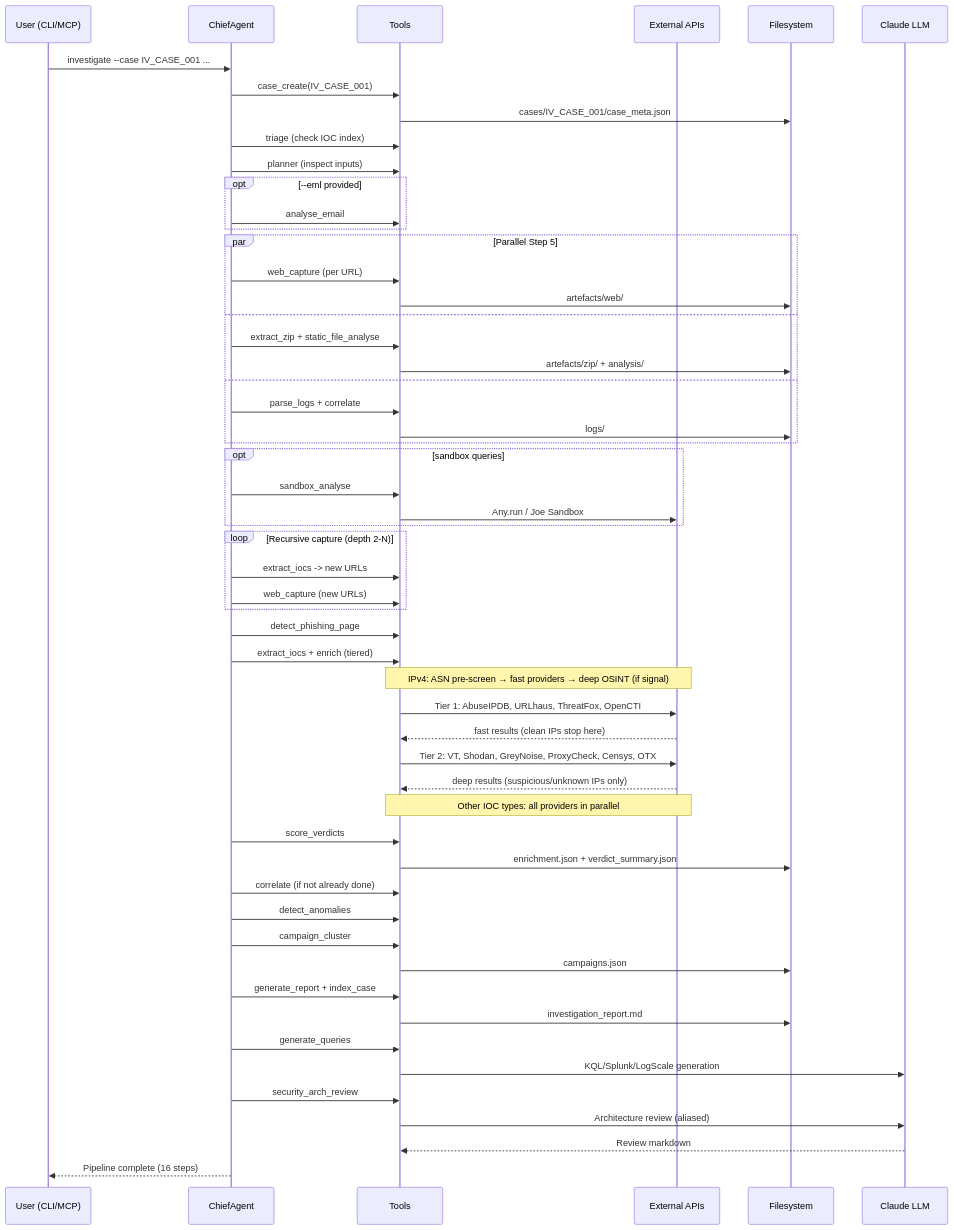
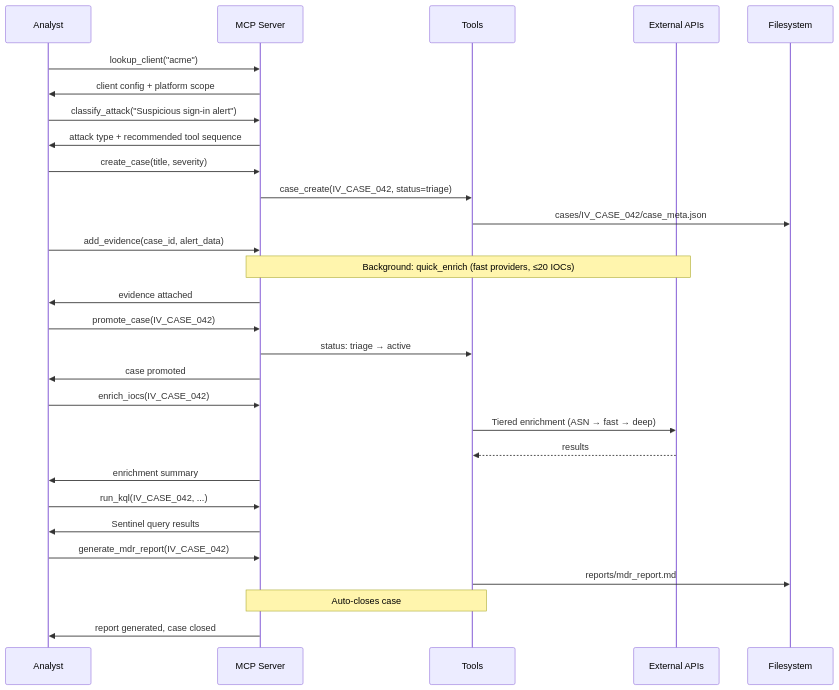
The second of 2 diagrams in docs/architecture_diagram.md (WillBanasik/socai), drawn with Mermaid before and after one commit. The commit also changed other lines of this file and 49 other files, not shown here.

First line of the commit message:
Remove Rumsfeld pipeline, add browser lifecycle controls, streamline HITL architecture

````diff
--- a/docs/architecture_diagram.md
+++ b/docs/architecture_diagram.md
@@ -151,69 +125,39 @@
 ```mermaid
 sequenceDiagram
-    participant U as User (CLI/MCP)
-    participant C as ChiefAgent
+    participant A as Analyst
+    participant M as MCP Server
     participant T as Tools
     participant E as External APIs
     participant F as Filesystem
-    participant L as Claude LLM
 
-    U->>C: investigate --case IV_CASE_001 ...
-    C->>T: case_create(IV_CASE_001)
-    T->>F: cases/IV_CASE_001/case_meta.json
+    A->>M: lookup_client("acme")
+    M->>A: client config + platform scope
 
-    C->>T: triage (check IOC index)
-    C->>T: planner (inspect inputs)
+    A->>M: classify_attack("Suspicious sign-in alert")
+    M->>A: attack type + recommended tool sequence
 
-    opt --eml provided
-        C->>T: analyse_email
-    end
+    A->>M: create_case(title, severity)
+    M->>T: case_create(IV_CASE_042, status=triage)
+    T->>F: cases/IV_CASE_042/case_meta.json
 
-    par Parallel Step 5
-        C->>T: web_capture (per URL)
-        T->>F: artefacts/web/
-    and
-        C->>T: extract_zip + static_file_analyse
-        T->>F: artefacts/zip/ + analysis/
-    and
-        C->>T: parse_logs + correlate
-        T->>F: logs/
-    end
+    A->>M: add_evidence(case_id, alert_data)
+    Note over M,E: Background: quick_enrich (fast providers, ≤20 IOCs)
+    M->>A: evidence attached
 
-    opt sandbox queries
-        C->>T: sandbox_analyse
-        T->>E: Any.run / Joe Sandbox
-    end
+    A->>M: promote_case(IV_CASE_042)
+    M->>T: status: triage → active
+    M->>A: case promoted
 
-    loop Recursive capture (depth 2-N)
-        C->>T: extract_iocs -> new URLs
-        C->>T: web_capture (new URLs)
-    end
+    A->>M: enrich_iocs(IV_CASE_042)
+    T->>E: Tiered enrichment (ASN → fast → deep)
+    E-->>T: results
+    M->>A: enrichment summary
 
-    C->>T: detect_phishing_page
-    C->>T: extract_iocs + enrich (tiered)
-    Note over T,E: IPv4: ASN pre-screen → fast providers → deep OSINT (if signal)
-    T->>E: Tier 1: AbuseIPDB, URLhaus, ThreatFox, OpenCTI
-    E-->>T: fast results (clean IPs stop here)
-    T->>E: Tier 2: VT, Shodan, GreyNoise, ProxyCheck, Censys, OTX
-    E-->>T: deep results (suspicious/unknown IPs only)
-    Note over T,E: Other IOC types: all providers in parallel
-    C->>T: score_verdicts
-    T->>F: enrichment.json + verdict_summary.json
+    A->>M: run_kql(IV_CASE_042, ...)
+    M->>A: Sentinel query results
 
-    C->>T: correlate (if not already done)
-    C->>T: detect_anomalies
-    C->>T: campaign_cluster
-    T->>F: campaigns.json
-
-    C->>T: generate_report + index_case
-    T->>F: investigation_report.md
-
-    C->>T: generate_queries
-    T->>L: KQL/Splunk/LogScale generation
-
-    C->>T: security_arch_review
-    T->>L: Architecture review (aliased)
-    L-->>T: Review markdown
-
-    C-->>U: Pipeline complete (16 steps)
+    A->>M: generate_mdr_report(IV_CASE_042)
+    T->>F: reports/mdr_report.md
+    Note over M,T: Auto-closes case
+    M->>A: report generated, case closed
 ```
````
